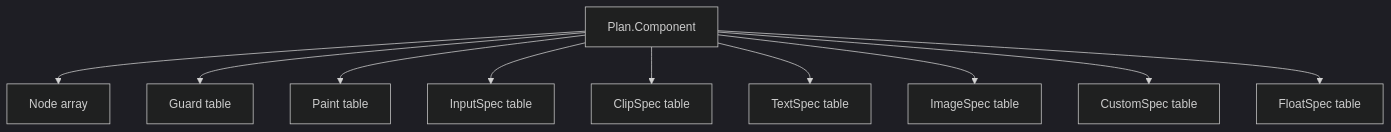
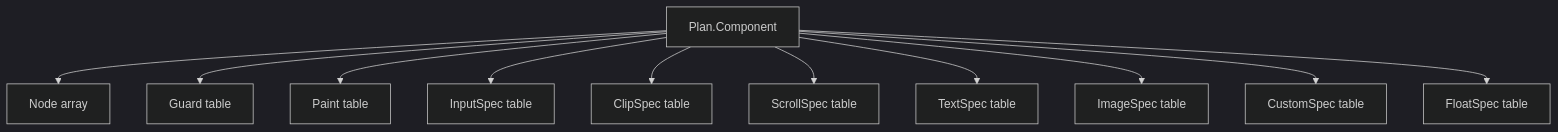
The third of 3 diagrams in docs/design/05-full-asdl-spec.md (cperion/terraui), drawn with Mermaid (dark theme) before and after one commit. The commit also changed other lines of this file and 35 other files, not shown here.

````diff
--- a/docs/design/05-full-asdl-spec.md
+++ b/docs/design/05-full-asdl-spec.md
@@ -129,13 +140,14 @@
 ```mermaid
 flowchart TB
     A[Plan.Component]
     A --> B[Node array]
     A --> C[Guard table]
     A --> D[Paint table]
     A --> E[InputSpec table]
     A --> F[ClipSpec table]
-    A --> G[TextSpec table]
-    A --> H[ImageSpec table]
-    A --> I[CustomSpec table]
-    A --> J[FloatSpec table]
+    A --> G[ScrollSpec table]
+    A --> H[TextSpec table]
+    A --> I[ImageSpec table]
+    A --> J[CustomSpec table]
+    A --> K[FloatSpec table]
 ```
````
